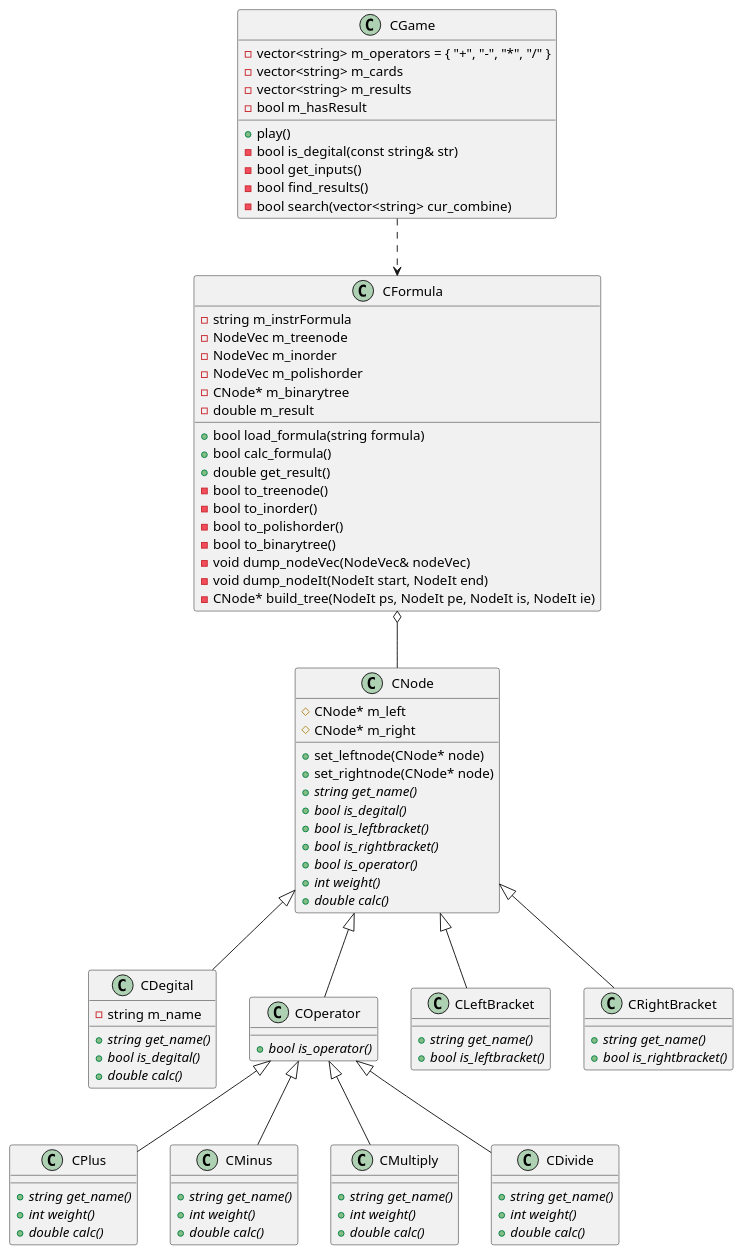
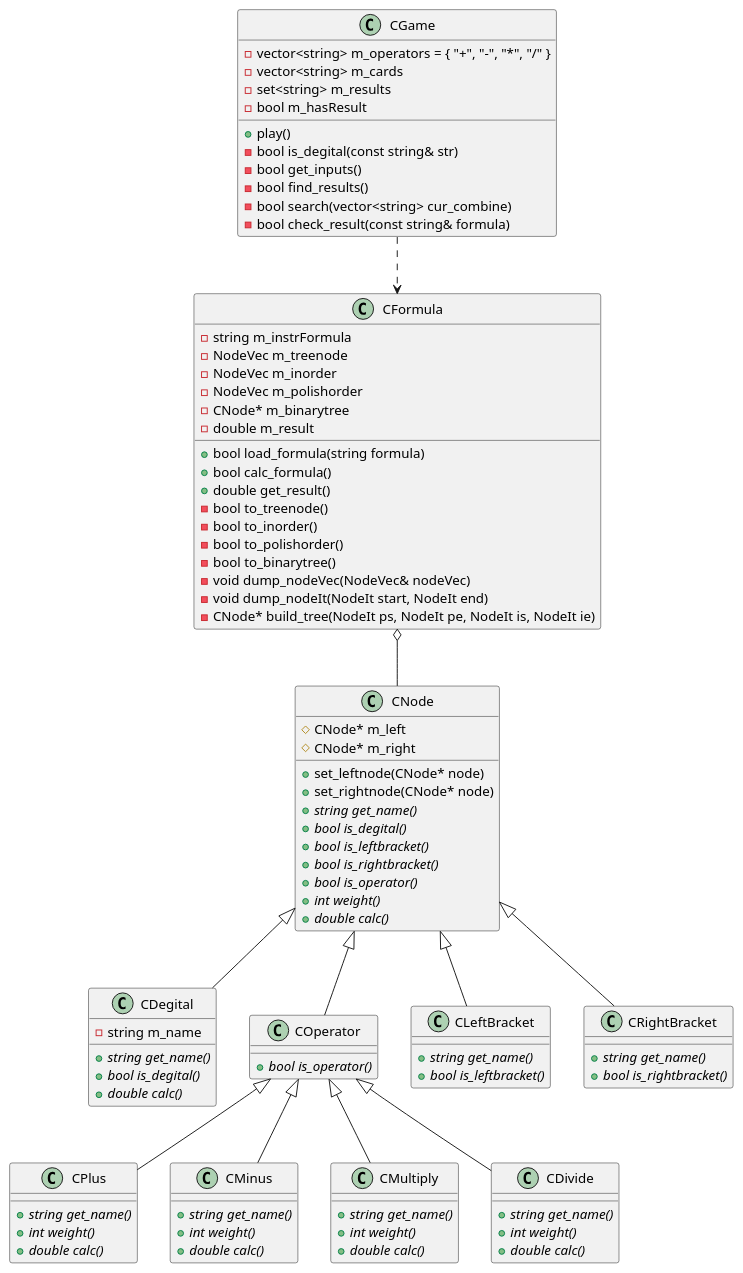
Before and after one commit to tingyunaiai9/programming-practice-homework: the diagram in 02-C++-high-quality-programming-homework/doc/class_diagram_24.pu, drawn with PlantUML.

Commit message:
modify class diagram

```diff
--- a/02-C++-high-quality-programming-homework/doc/class_diagram_24.pu
+++ b/02-C++-high-quality-programming-homework/doc/class_diagram_24.pu
@@ -2,105 +2,110 @@
 @startuml
 
 class CGame {
 	- vector<string> m_operators = { "+", "-", "*", "/" }
 	- vector<string> m_cards
-	- vector<string> m_results
+	- set<string> m_results
     - bool m_hasResult
+
     + play()
     - bool is_degital(const string& str)
 	- bool get_inputs()
 	- bool find_results()
 	- bool search(vector<string> cur_combine)
+	- bool check_result(const string& formula)
 }
 
 class CFormula {
 	- string m_instrFormula
 	- NodeVec m_treenode
 	- NodeVec m_inorder
 	- NodeVec m_polishorder
 	- CNode* m_binarytree
 	- double m_result
+
     + bool load_formula(string formula)
 	+ bool calc_formula()
 	+ double get_result()
     - bool to_treenode()
 	- bool to_inorder()
 	- bool to_polishorder()
 	- bool to_binarytree()
 	- void dump_nodeVec(NodeVec& nodeVec)
 	- void dump_nodeIt(NodeIt start, NodeIt end)
 	- CNode* build_tree(NodeIt ps, NodeIt pe, NodeIt is, NodeIt ie)
 }
 
 class CNode {
     # CNode* m_left
     # CNode* m_right
+
     + set_leftnode(CNode* node)
     + set_rightnode(CNode* node)
     + {abstract} string get_name()
     + {abstract} bool is_degital()
     + {abstract} bool is_leftbracket()
     + {abstract} bool is_rightbracket()
 	+ {abstract} bool is_operator()
     + {abstract} int weight()
     + {abstract} double calc()
 }
 
 class CDegital {
     - string m_name
+
     + {abstract} string get_name()
     + {abstract} bool is_degital()
     + {abstract} double calc()
 }
 
 class COperator {
     + {abstract} bool is_operator()
 }
 
 class CLeftBracket {
     + {abstract} string get_name()
     + {abstract} bool is_leftbracket()
 }
 
 class CRightBracket {
     + {abstract} string get_name()
     + {abstract} bool is_rightbracket()
 }
 
 class CPlus {
 	+ {abstract} string get_name()
 	+ {abstract} int weight()
 	+ {abstract} double calc()
 }
 
 class CMinus {
 	+ {abstract} string get_name()
 	+ {abstract} int weight()
 	+ {abstract} double calc()
 }
 
 class CMultiply {
 	+ {abstract} string get_name()
 	+ {abstract} int weight()
 	+ {abstract} double calc()
 }
 
 class CDivide {
 	+ {abstract} string get_name()
 	+ {abstract} int weight()
 	+ {abstract} double calc()
 }
 
 CGame ..> CFormula
 CFormula o-- CNode
 CNode <|-- CDegital
 CNode <|-- COperator
 CNode <|-- CLeftBracket
 CNode <|-- CRightBracket
 
 COperator <|-- CPlus
 COperator <|-- CMinus
 COperator <|-- CMultiply
 COperator <|-- CDivide
 
 @enduml
```
